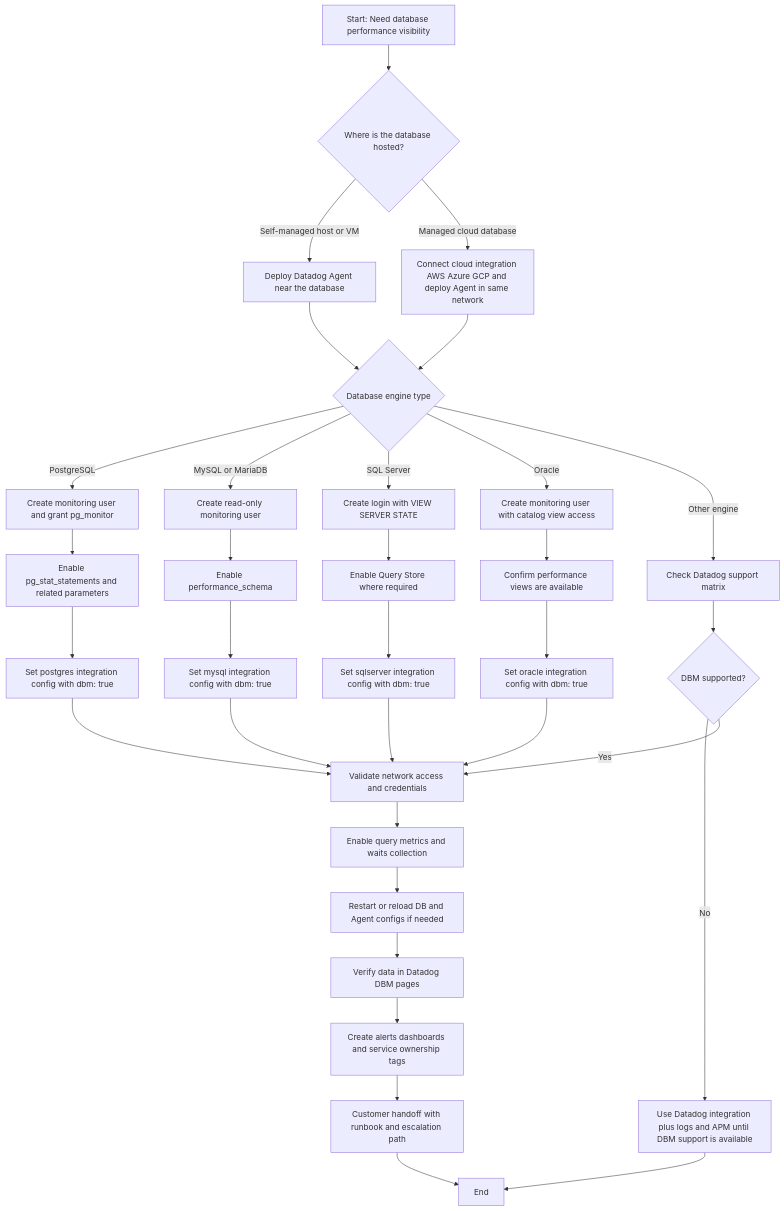
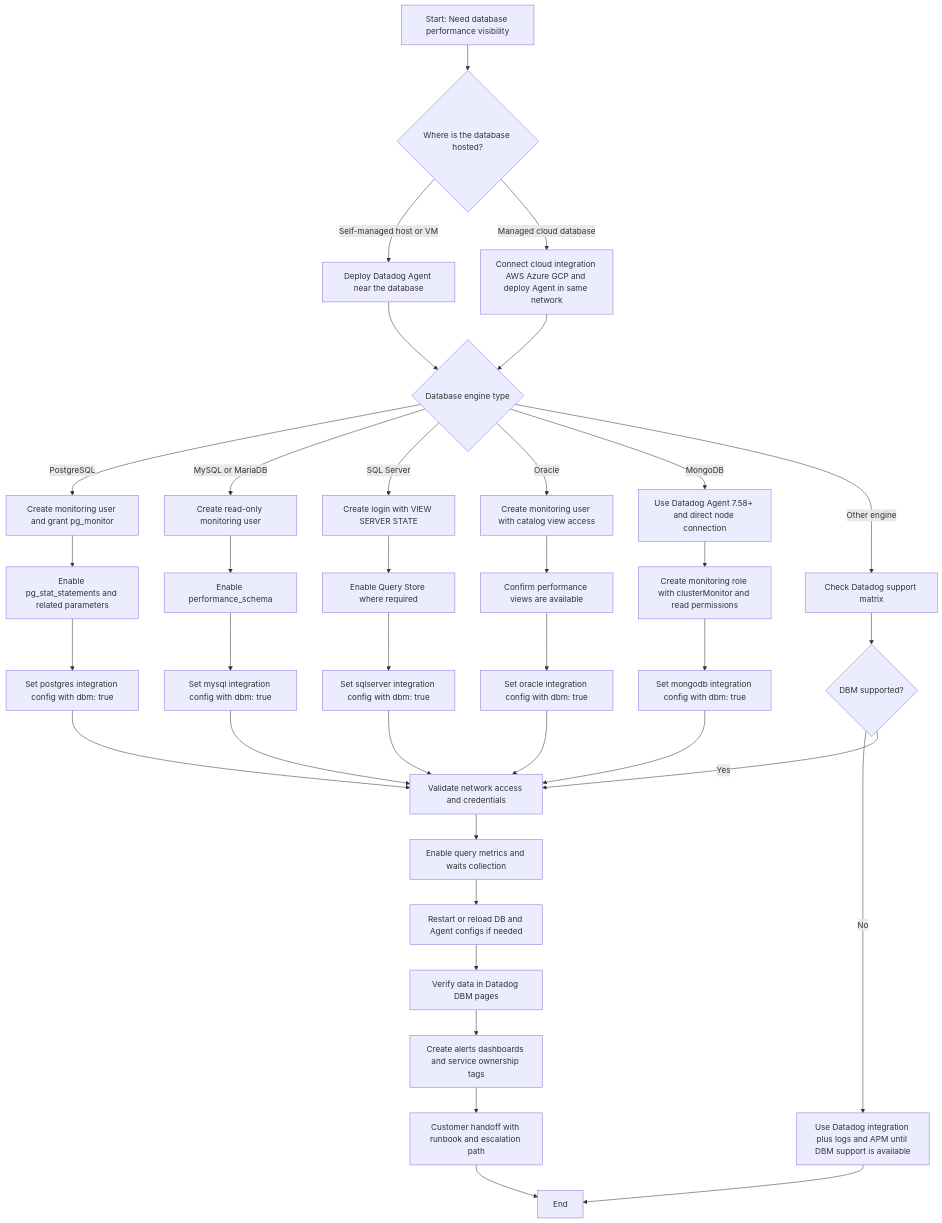
One commit to vijayshreev2412/Rubiks-Food changed the diagram in infrastructure/DATADOG_DBM_FLOWCHART.md. Above: the diagram before and after it, drawn with Mermaid. The commit also changed other lines of this file and 2 other files, not shown here.

Commit message:
docs: add MongoDB branch to Datadog DBM flowchart

````diff
--- a/infrastructure/DATADOG_DBM_FLOWCHART.md
+++ b/infrastructure/DATADOG_DBM_FLOWCHART.md
@@ -7,41 +7,46 @@
 ```mermaid
 flowchart TD
     A[Start: Need database performance visibility] --> B{Where is the database hosted?}
     B -->|Self-managed host or VM| C[Deploy Datadog Agent near the database]
     B -->|Managed cloud database| D[Connect cloud integration AWS Azure GCP and deploy Agent in same network]
     C --> E{Database engine type}
     D --> E
 
     E -->|PostgreSQL| P1[Create monitoring user and grant pg_monitor]
     P1 --> P2[Enable pg_stat_statements and related parameters]
     P2 --> P3[Set postgres integration config with dbm: true]
     P3 --> V
 
     E -->|MySQL or MariaDB| M1[Create read-only monitoring user]
     M1 --> M2[Enable performance_schema]
     M2 --> M3[Set mysql integration config with dbm: true]
     M3 --> V
 
     E -->|SQL Server| S1[Create login with VIEW SERVER STATE]
     S1 --> S2[Enable Query Store where required]
     S2 --> S3[Set sqlserver integration config with dbm: true]
     S3 --> V
 
     E -->|Oracle| O1[Create monitoring user with catalog view access]
     O1 --> O2[Confirm performance views are available]
     O2 --> O3[Set oracle integration config with dbm: true]
     O3 --> V
 
+    E -->|MongoDB| G1[Use Datadog Agent 7.58+ and direct node connection]
+    G1 --> G2[Create monitoring role with clusterMonitor and read permissions]
+    G2 --> G3[Set mongodb integration config with dbm: true]
+    G3 --> V
+
     E -->|Other engine| U1[Check Datadog support matrix]
     U1 --> U2{DBM supported?}
     U2 -->|No| U3[Use Datadog integration plus logs and APM until DBM support is available]
     U3 --> Z[End]
     U2 -->|Yes| V
 
     V[Validate network access and credentials] --> W[Enable query metrics and waits collection]
     W --> X[Restart or reload DB and Agent configs if needed]
     X --> Y[Verify data in Datadog DBM pages]
     Y --> AA[Create alerts dashboards and service ownership tags]
     AA --> AB[Customer handoff with runbook and escalation path]
     AB --> Z[End]
 ```
````
